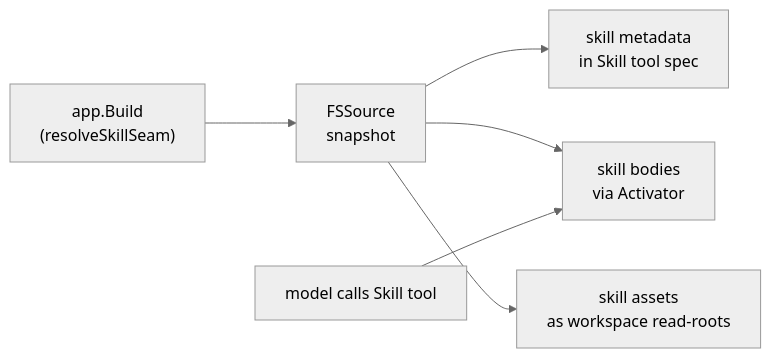
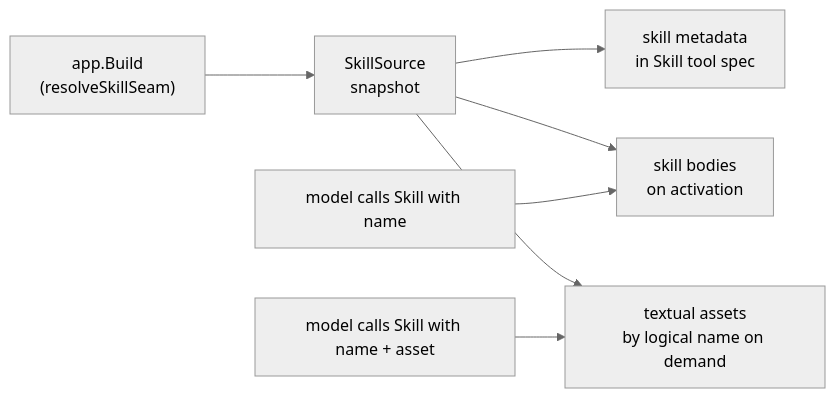
One commit to Sanskarzz/mecatl changed the first of 2 diagrams in user-docs/extension-points/tool-catalog.md. Above: the diagram before and after it, drawn with Mermaid (neutral theme). The commit also changed other lines of this file and 83 other files, not shown here.

````diff
--- a/user-docs/extension-points/tool-catalog.md
+++ b/user-docs/extension-points/tool-catalog.md
@@ -265,8 +265,9 @@
 ```mermaid
 flowchart LR
-    A["app.Build\n(resolveSkillSeam)"] --> B["FSSource\nsnapshot"]
+    A["app.Build\n(resolveSkillSeam)"] --> B["SkillSource\nsnapshot"]
     B --> C["skill metadata\nin Skill tool spec"]
-    B --> D["skill bodies\nvia Activator"]
-    B --> E["skill assets\nas workspace read-roots"]
-    M[model calls Skill tool] --> D
+    B --> D["skill bodies\non activation"]
+    B --> E["textual assets\nby logical name on demand"]
+    M[model calls Skill with name] --> D
+    N[model calls Skill with name + asset] --> E
 ```
````
